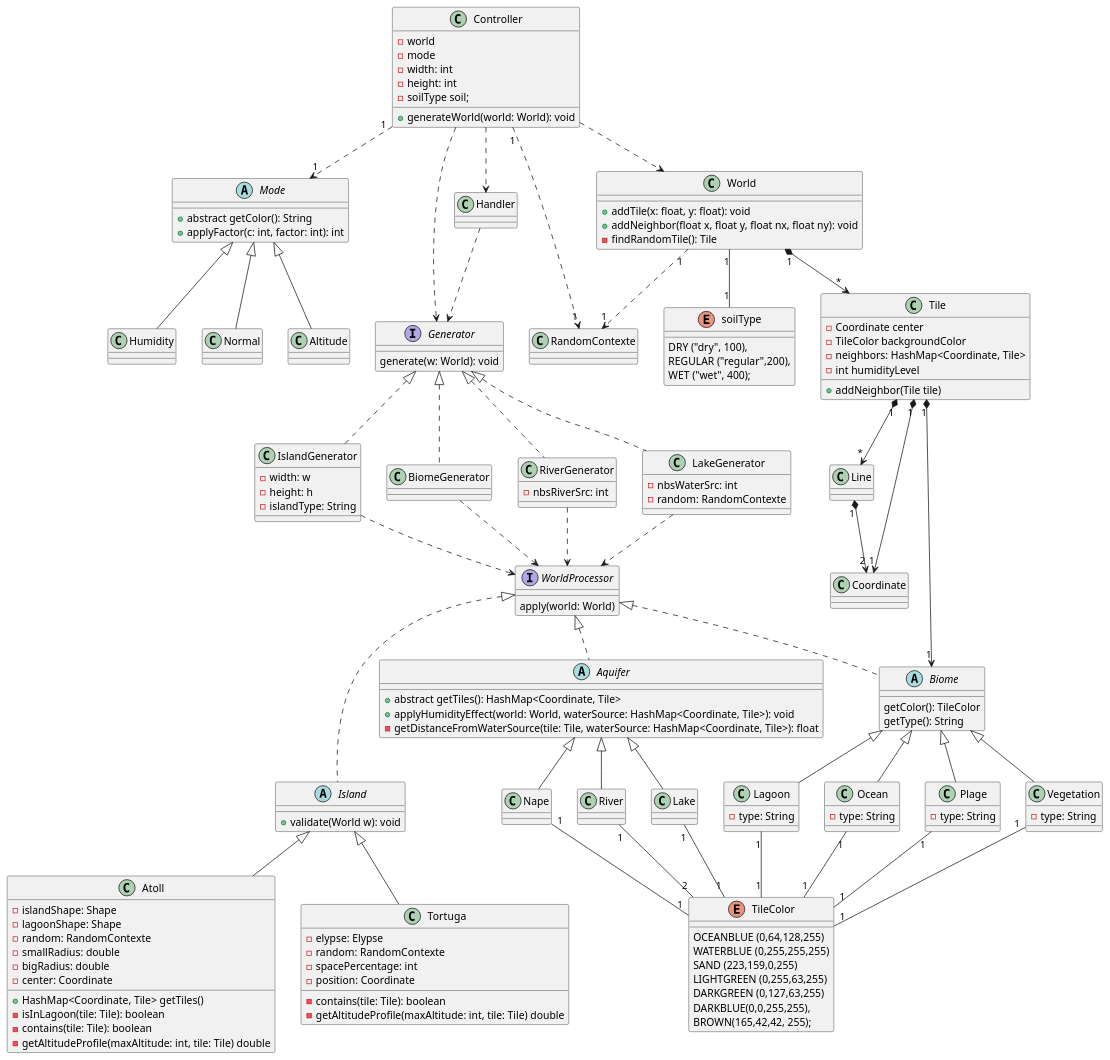
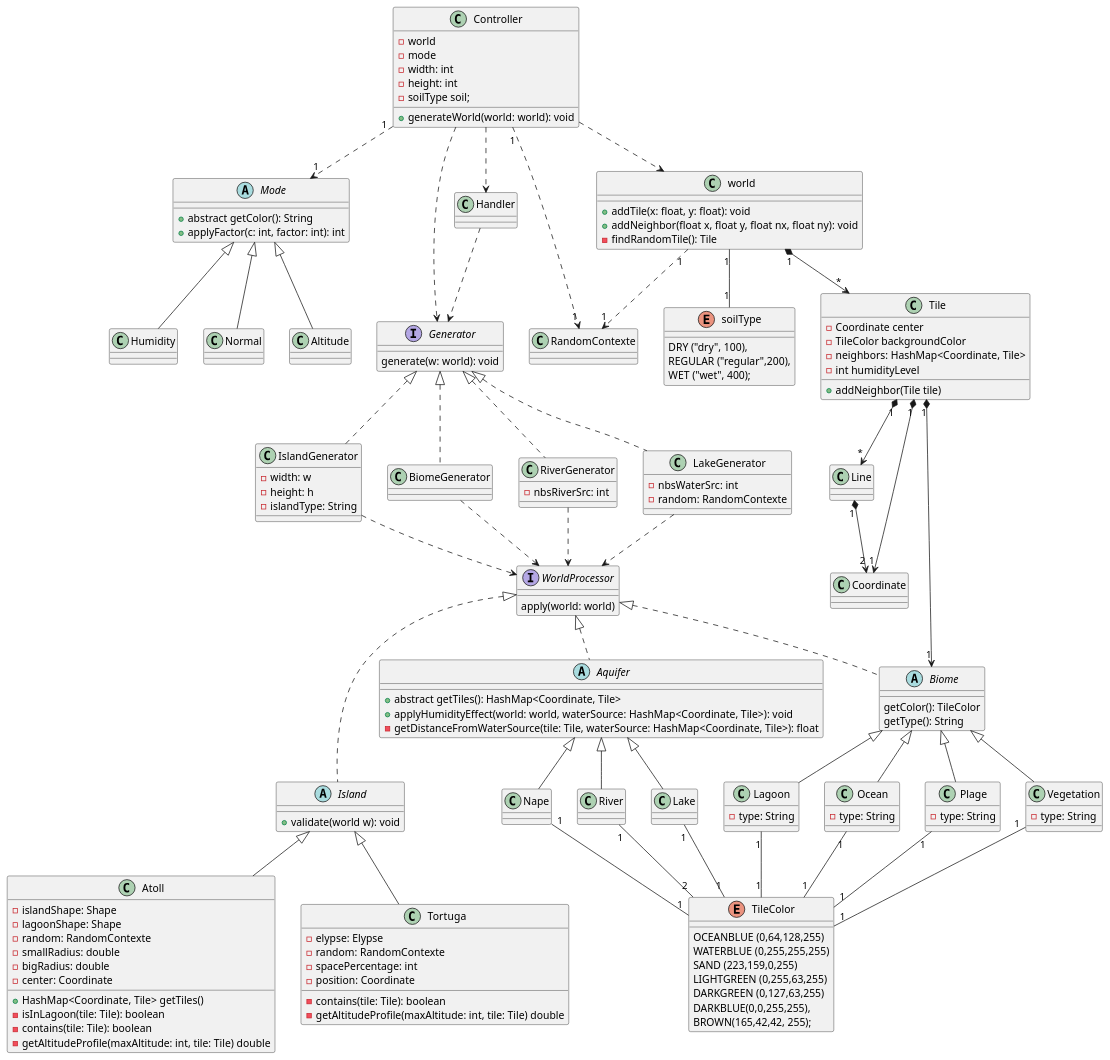
Before and after one commit to cryptoswarm/terrain-generator: the diagram in diagrammeDeClasse_map.puml, drawn with PlantUML. The commit also changed 92 other files, not shown here.

```diff
--- a/diagrammeDeClasse_map.puml
+++ b/diagrammeDeClasse_map.puml
@@ -6,11 +6,11 @@
     - height: int
     - soilType soil;
 
-    + generateWorld(world: World): void
+    + generateWorld(world: world): void
 
 }
 
-class World {
+class world {
     + addTile(x: float, y: float): void
     + addNeighbor(float x, float y, float nx, float ny): void
     - findRandomTile(): Tile
@@ -21,12 +21,12 @@
 class RandomContexte
 
 Interface WorldProcessor {
-    apply(world: World)
+    apply(world: world)
 }
 
 ''' Generator '''
 Interface Generator {
-    generate(w: World): void
+    generate(w: world): void
 }
 
 Class BiomeGenerator
@@ -55,7 +55,7 @@
 
 ''' Island '''
 Abstract Island {
-    + validate(World w): void
+    + validate(world w): void
 }
 
 class Atoll {
@@ -88,7 +88,7 @@
 ''' Aquifer '''
 Abstract Aquifer {
         + abstract getTiles(): HashMap<Coordinate, Tile>
-        + applyHumidityEffect(world: World, waterSource: HashMap<Coordinate, Tile>): void
+        + applyHumidityEffect(world: world, waterSource: HashMap<Coordinate, Tile>): void
         - getDistanceFromWaterSource(tile: Tile, waterSource: HashMap<Coordinate, Tile>): float
 }
 
@@ -142,7 +142,7 @@
 Humidity -up-|> Mode
 Normal -up-|> Mode
 
-''' World component '''
+''' world component '''
 
 Class Tile{
     - Coordinate center
@@ -183,16 +183,16 @@
     WET ("wet", 400);
 }
 
-Controller ..> World
+Controller ..> world
 Controller ..> Generator
 Controller ..> Handler
 Controller "1" ..> "1" RandomContexte
 Controller "1" ..> "1" Mode
 
 
-World "1" *--> "*" Tile
-World "1" -- "1" soilType
-World "1" ..> "1" RandomContexte
+world "1" *--> "*" Tile
+world "1" -- "1" soilType
+world "1" ..> "1" RandomContexte
 
 Handler ..> Generator
 
```
